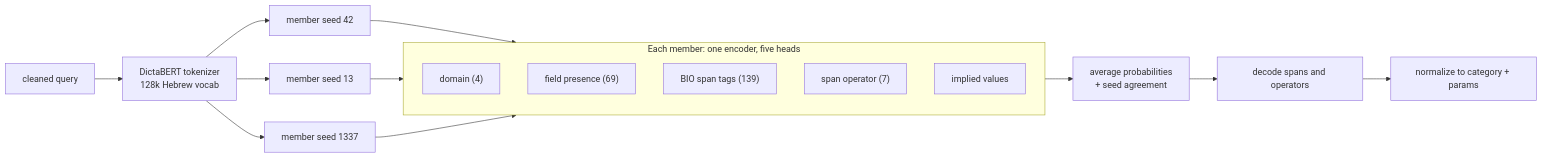
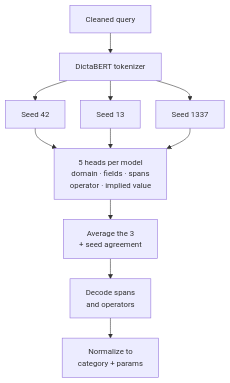
One commit to codingr47/y2_ai_engineer_home_assignment changed the second of 3 diagrams in README.md. Above: the diagram before and after it, drawn with Mermaid. The commit also changed other lines of this file, not shown here.

Commit message:
diagrams aligning

````diff
--- a/README.md
+++ b/README.md
@@ -81,21 +83,10 @@
 ```mermaid
-flowchart LR
-    Q["cleaned query"] --> T["DictaBERT tokenizer<br/>128k Hebrew vocab"]
-    T --> M1["member seed 42"]
-    T --> M2["member seed 13"]
-    T --> M3["member seed 1337"]
-    subgraph heads["Each member: one encoder, five heads"]
-        direction TB
-        h1["domain (4)"]
-        h2["field presence (69)"]
-        h3["BIO span tags (139)"]
-        h4["span operator (7)"]
-        h5["implied values"]
-    end
-    M1 --> heads
-    M2 --> heads
-    M3 --> heads
-    heads --> AVG["average probabilities<br/>+ seed agreement"]
-    AVG --> DEC["decode spans and operators"]
-    DEC --> NORM["normalize to category + params"]
+%%{init: {"flowchart": {"htmlLabels": false, "padding": 14, "nodeSpacing": 28, "rankSpacing": 36, "curve": "basis"}, "themeVariables": {"fontFamily": "arial", "fontSize": "14px"}}}%%
+flowchart TD
+    Q["Cleaned query"] --> T["DictaBERT tokenizer"]
+    T --> M1["Seed 42"] & M2["Seed 13"] & M3["Seed 1337"]
+    M1 & M2 & M3 --> H["5 heads per model<br/>domain · fields · spans<br/>operator · implied value"]
+    H --> A["Average the 3<br/>+ seed agreement"]
+    A --> D["Decode spans<br/>and operators"]
+    D --> N["Normalize to<br/>category + params"]
 ```
````
